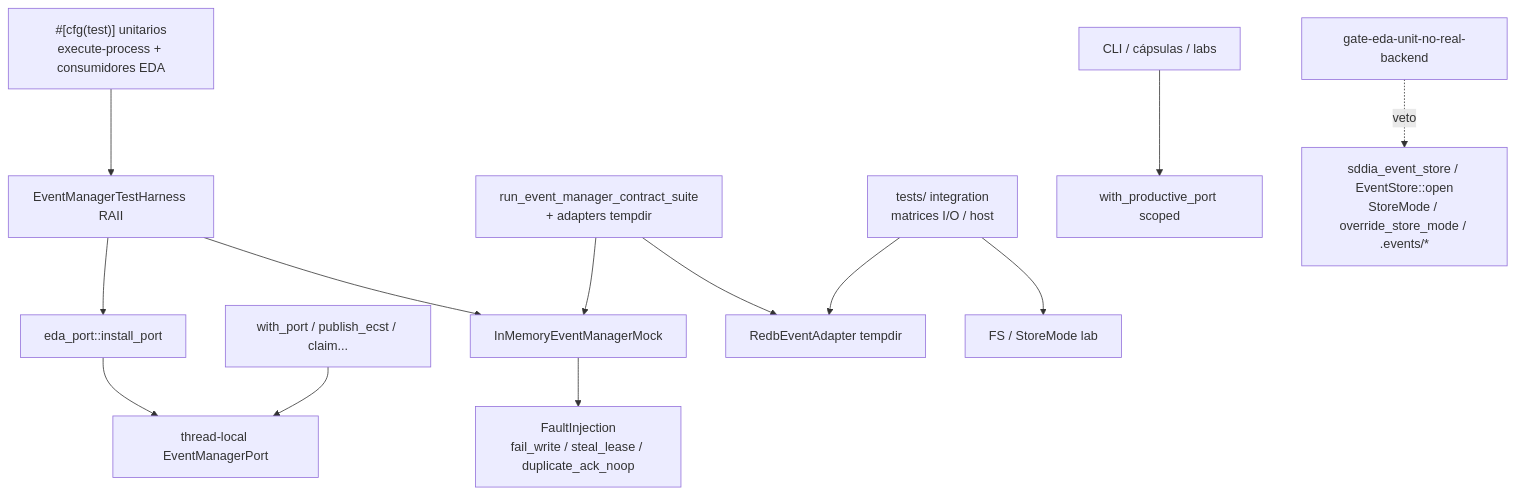
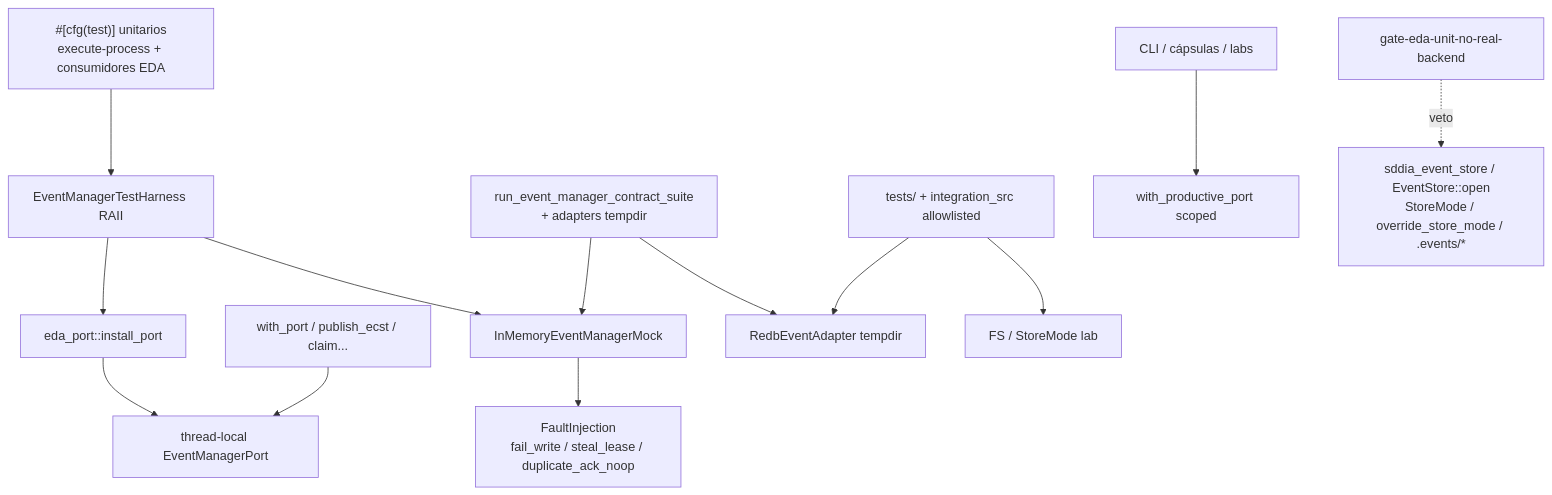
Before and after one commit to racso80es/SddIA: the diagram in docs/features/man-37-eda-test-pyramid/spec.md, drawn with Mermaid. The commit also changed other lines of this file and 8 other files, not shown here.

````diff
--- a/docs/features/man-37-eda-test-pyramid/spec.md
+++ b/docs/features/man-37-eda-test-pyramid/spec.md
@@ -77,15 +81,15 @@
 ```mermaid
 flowchart TB
   UNIT["#[cfg(test)] unitarios\nexecute-process + consumidores EDA"] --> HARNESS["EventManagerTestHarness RAII"]
   HARNESS --> INSTALL["eda_port::install_port"]
   HARNESS --> MOCK["InMemoryEventManagerMock"]
   MOCK --> FAULT["FaultInjection\nfail_write / steal_lease / duplicate_ack_noop"]
   INSTALL --> TLS["thread-local EventManagerPort"]
   CONS["with_port / publish_ecst / claim..."] --> TLS
   CONTRACT["run_event_manager_contract_suite\n+ adapters tempdir"] --> MOCK
   CONTRACT --> REDB["RedbEventAdapter tempdir"]
-  INTEG["tests/ integration\nmatrices I/O / host"] --> REDB
+  INTEG["tests/ + integration_src allowlisted"] --> REDB
   INTEG --> FS["FS / StoreMode lab"]
   E2E["CLI / cápsulas / labs"] --> HOST["with_productive_port scoped"]
   GATEU["gate-eda-unit-no-real-backend"] -.->|veto| STRIP["sddia_event_store / EventStore::open\nStoreMode / override_store_mode / .events/*"]
 ```
````
